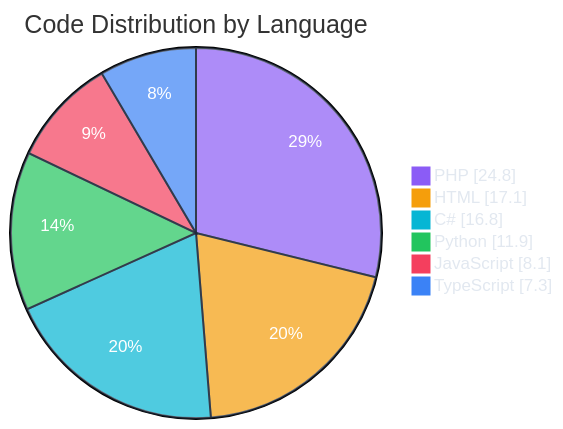
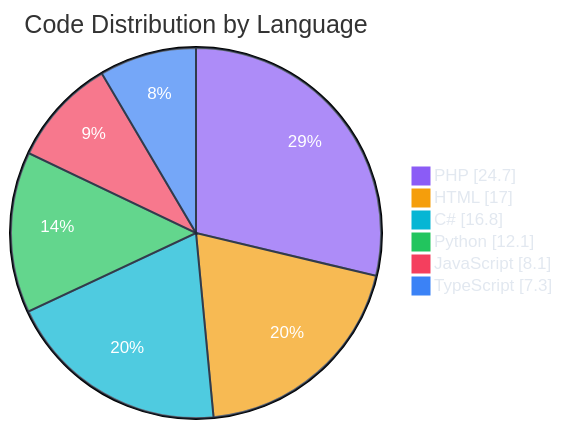
Before and after one commit to polo-nyan/polo-nyan: the second of 7 diagrams in README.md, drawn with Mermaid. The commit also changed other lines of this file and 1 other file, not shown here.

````diff
--- a/README.md
+++ b/README.md
@@ -229,11 +229,11 @@
 ```mermaid
 %%{init: {"theme": "base", "themeVariables": { "pie1": "#8b5cf6", "pie2": "#f59e0b", "pie3": "#06b6d4", "pie4": "#22c55e", "pie5": "#f43f5e", "pie6": "#3b82f6", "pie7": "#ec4899", "pieTextColor": "#ffffff", "pieLegendTextColor": "#e2e8f0", "pieSectionTextColor": "#ffffff", "pieStrokeColor": "#1e293b" }}}%%
 pie showData
     title Code Distribution by Language
-    "PHP" : 24.8
-    "HTML" : 17.1
+    "PHP" : 24.7
+    "HTML" : 17.0
     "C#" : 16.8
-    "Python" : 11.9
+    "Python" : 12.1
     "JavaScript" : 8.1
     "TypeScript" : 7.3
 ```
````
